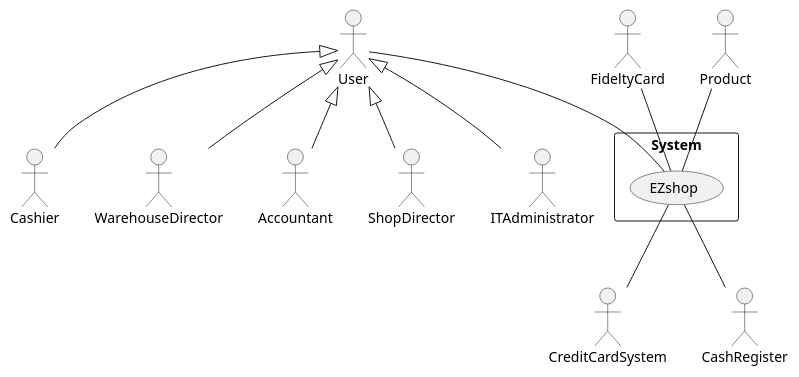
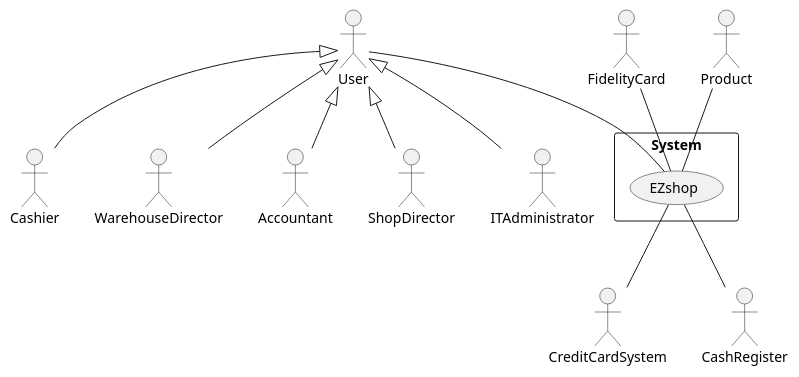
The first of 9 diagrams in Deliverables/RequirementsDocument.md (Stormz4/group20-EzShop), drawn with PlantUML before and after one commit. The commit also changed other lines of this file, not shown here.

````diff
--- a/Deliverables/RequirementsDocument.md
+++ b/Deliverables/RequirementsDocument.md
@@ -69,19 +69,19 @@
 ```plantuml
 @startuml
 
 rectangle System{
 	usecase "EZshop" as Shop
 }
 
 User <|-- Cashier
 User <|-- WarehouseDirector
 User <|-- Accountant
 User <|-- ShopDirector
 User <|-- ITAdministrator
 User -- Shop
-FideltyCard -- Shop
+FidelityCard -- Shop
 Product --  Shop
 Shop -- CreditCardSystem
 Shop -- CashRegister
 @enduml
 ```
````
